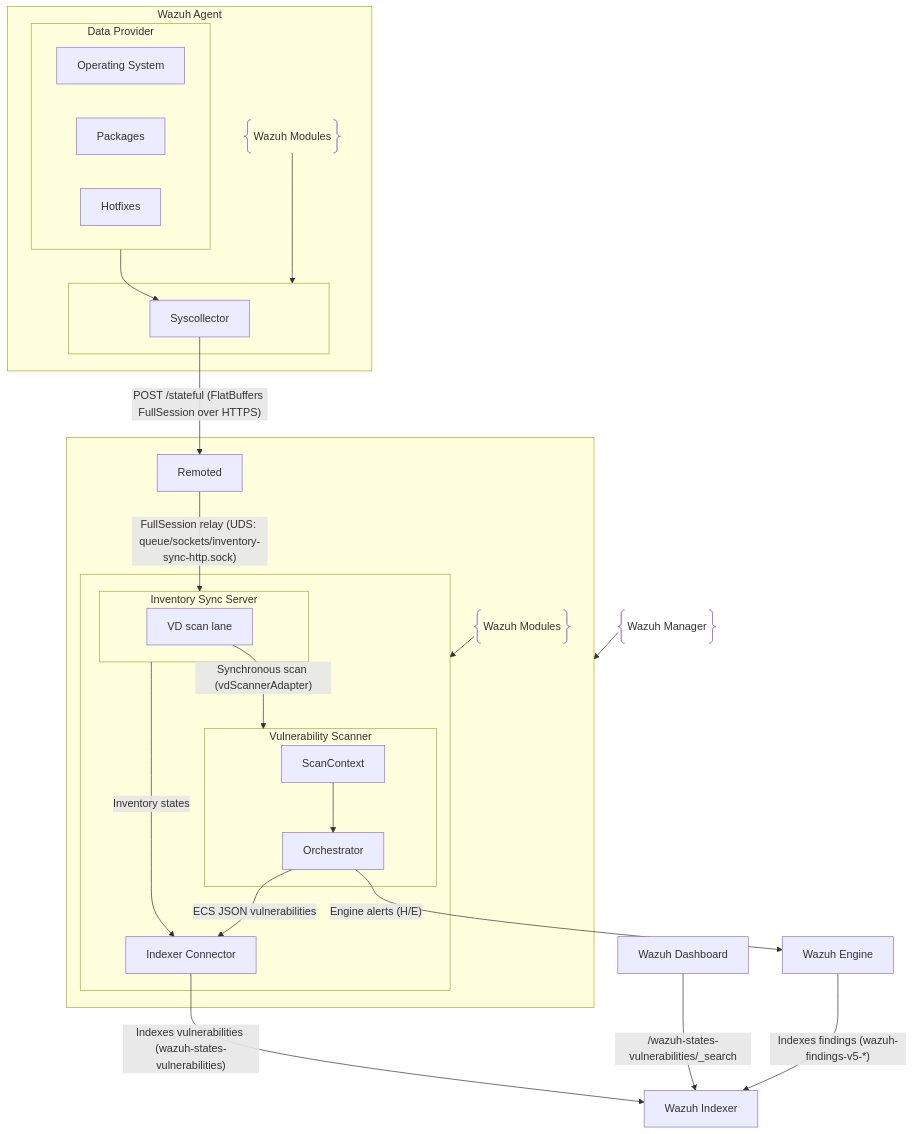
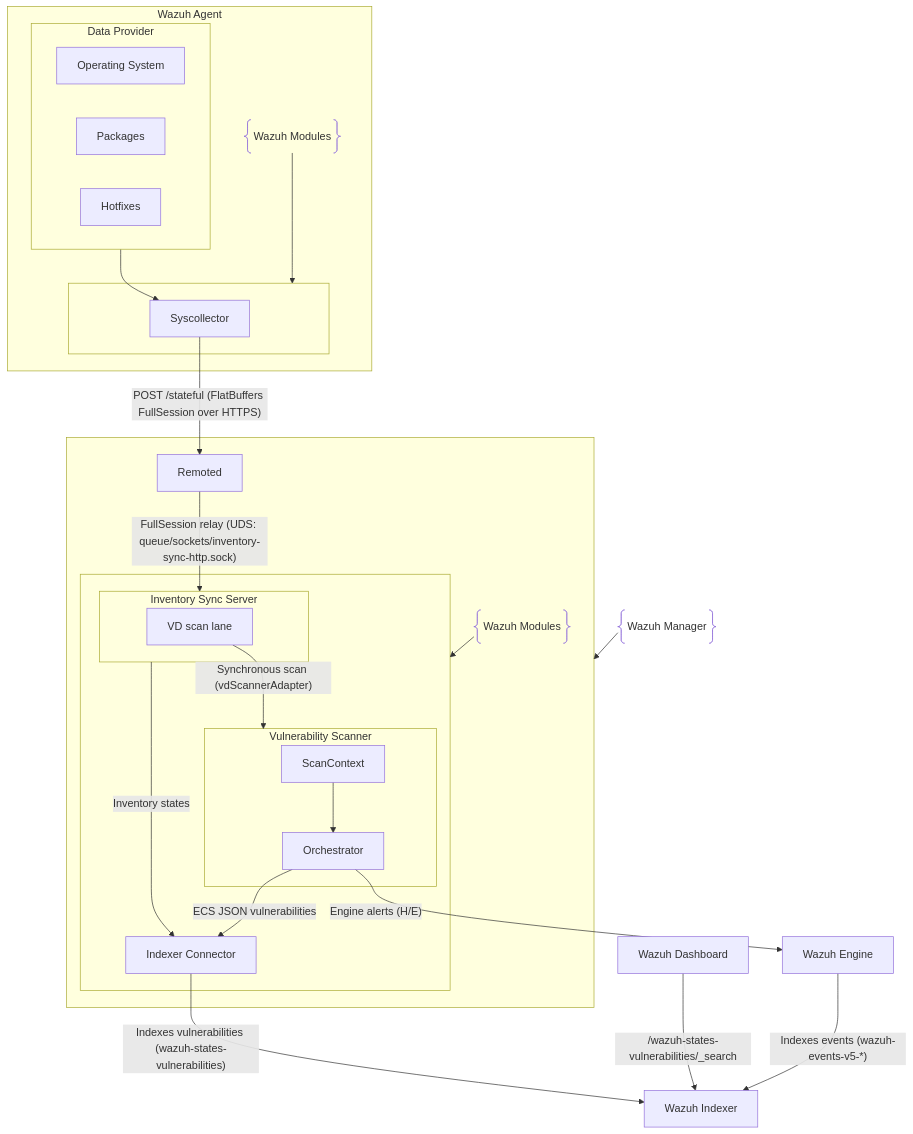
The third of 3 diagrams in docs/ref/modules/vulnerability-scanner/architecture.md (wazuh/wazuh), drawn with Mermaid before and after one commit. The commit also changed other lines of this file and 183 other files, not shown here.

````diff
--- a/docs/ref/modules/vulnerability-scanner/architecture.md
+++ b/docs/ref/modules/vulnerability-scanner/architecture.md
@@ -342,44 +342,44 @@
 ```mermaid
 flowchart TD
 
 subgraph WazuhManager[" "]
   Remoted["Remoted"]
   subgraph WazuhModulesM[" "]
     subgraph InventorySyncServer["Inventory Sync Server"]
       VDLane["VD scan lane"]
     end
     subgraph VulnerabilityScanner["Vulnerability Scanner"]
       ScanContext["ScanContext"]
       Orchestrator["Orchestrator"]
       ScanContext --> Orchestrator
     end
     IndexerConnector["Indexer Connector"]
     InventorySyncServer -- "Inventory states" --> IndexerConnector
     Orchestrator -- "ECS JSON vulnerabilities" --> IndexerConnector
   end
   C@{ shape: braces, label: "Wazuh Modules" } --> WazuhModulesM
   Remoted -- "FullSession relay (UDS: queue/sockets/inventory-sync-http.sock)" --> InventorySyncServer
   VDLane -- "Synchronous scan (vdScannerAdapter)" --> VulnerabilityScanner
 end
 B@{ shape: braces, label: "Wazuh Manager" } --> WazuhManager
 IndexerConnector -- "Indexes vulnerabilities (wazuh-states-vulnerabilities)" --> WazuhIndexer
 Orchestrator -- "Engine alerts (H/E)" --> WazuhEngine
 subgraph WazuhAgent["Wazuh Agent"]
   subgraph Providers["Data Provider"]
     OS["Operating System"]
     Packages["Packages"]
     Hotfixes["Hotfixes"]
   end
   subgraph WazuhModulesA[" "]
     Syscollector["Syscollector"]
   end
   A@{ shape: braces, label: "Wazuh Modules" } --> WazuhModulesA
   Syscollector -- "POST /stateful (FlatBuffers FullSession over HTTPS)" --> Remoted
 end
 Providers --> Syscollector
 WazuhIndexer["Wazuh Indexer"]
 WazuhEngine["Wazuh Engine"]
-WazuhEngine -- "Indexes findings (wazuh-findings-v5-*)" --> WazuhIndexer
+WazuhEngine -- "Indexes events (wazuh-events-v5-*)" --> WazuhIndexer
 WazuhDashboard["Wazuh Dashboard"]
 WazuhDashboard -- /wazuh-states-vulnerabilities/_search --> WazuhIndexer
 ```
````
